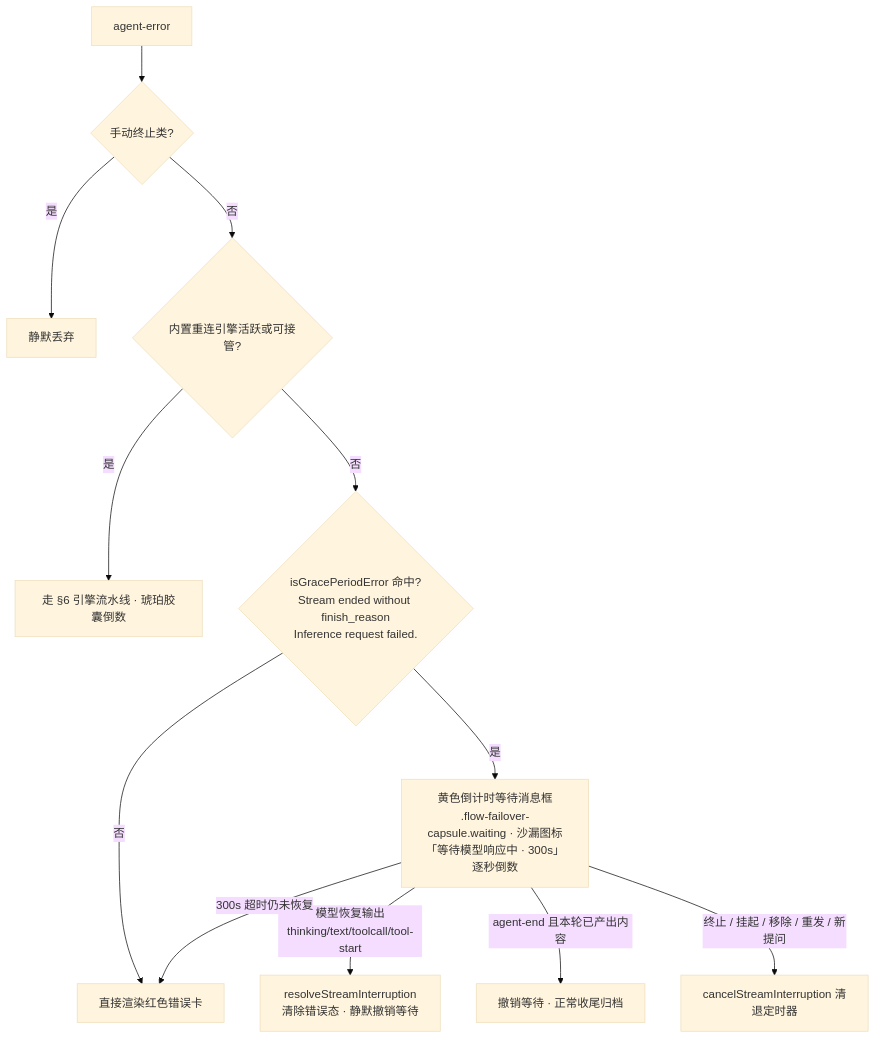
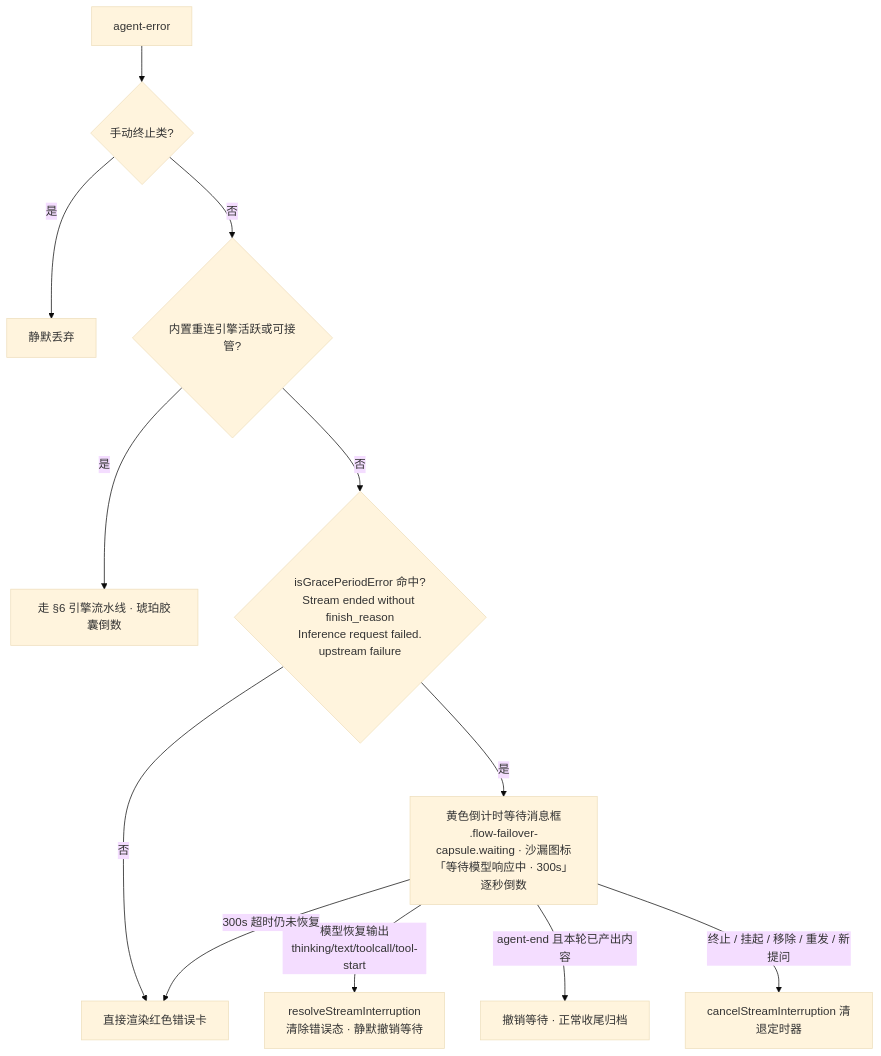
One commit to jiangyinluwei/pi-desktop-lite changed the second of 2 diagrams in .agents/skills/flow-interaction-pattern/SKILL.md. Above: the diagram before and after it, drawn with Mermaid (base theme). The commit also changed 6 other files, not shown here.

````diff
--- a/.agents/skills/flow-interaction-pattern/SKILL.md
+++ b/.agents/skills/flow-interaction-pattern/SKILL.md
@@ -183,14 +183,14 @@
 ```mermaid
 flowchart TD
     Err[agent-error] --> Abort{手动终止类?}
     Abort -->|是| Drop[静默丢弃]
     Abort -->|否| Engine{内置重连引擎活跃或可接管?}
     Engine -->|是| Failover[走 §6 引擎流水线 · 琥珀胶囊倒数]
-    Engine -->|否| Stream{isGracePeriodError 命中?<br/>Stream ended without finish_reason<br/>Inference request failed.}
+    Engine -->|否| Stream{isGracePeriodError 命中?<br/>Stream ended without finish_reason<br/>Inference request failed.<br/>upstream failure}
     Stream -->|否| Red[直接渲染红色错误卡]
     Stream -->|是| Yellow[黄色倒计时等待消息框<br/>.flow-failover-capsule.waiting · 沙漏图标<br/>「等待模型响应中 · 300s」逐秒倒数]
     Yellow -->|模型恢复输出<br/>thinking/text/toolcall/tool-start| Recover[resolveStreamInterruption<br/>清除错误态 · 静默撤销等待]
     Yellow -->|agent-end 且本轮已产出内容| Normal[撤销等待 · 正常收尾归档]
     Yellow -->|终止 / 挂起 / 移除 / 重发 / 新提问| Cancel[cancelStreamInterruption 清退定时器]
     Yellow -->|300s 超时仍未恢复| Red
 ```
````
